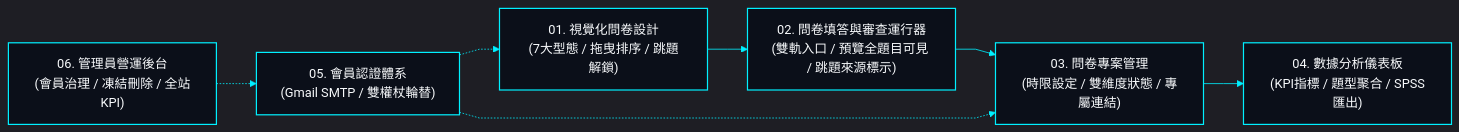
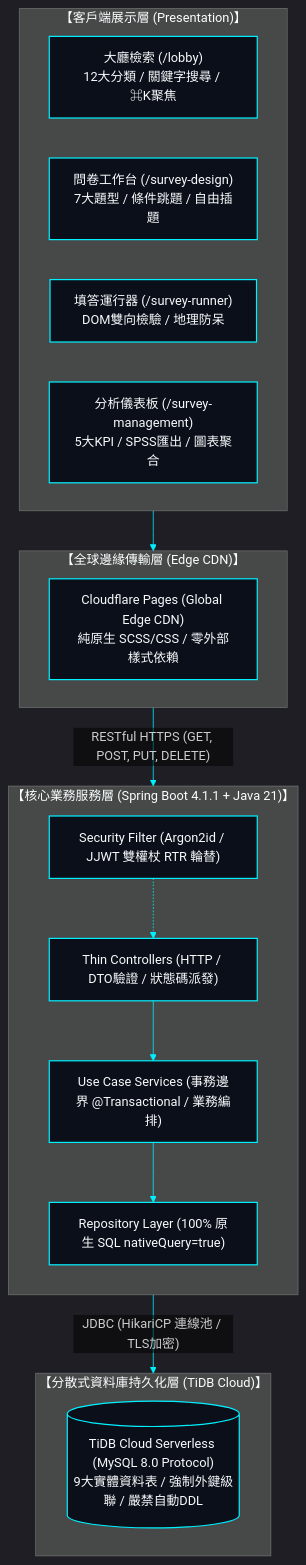
The first of 2 diagrams in README.md (EricXJason/survey-flow), drawn with Mermaid before and after one commit. The commit also changed other lines of this file and 5 other files, not shown here.

````diff
--- a/README.md
+++ b/README.md
@@ -24,17 +39,39 @@
 ```mermaid
-%%{init: {'theme': 'dark', 'themeVariables': { 'darkMode': true, 'background': '#030712', 'primaryColor': '#0b0f19', 'primaryTextColor': '#f8fafc', 'primaryBorderColor': '#00f0ff', 'lineColor': '#00f0ff', 'edgeLabelBackground': 'transparent', 'fontFamily': 'system-ui, sans-serif' }, 'flowchart': { 'curve': 'linear' } }}%%
-flowchart LR
+%%{init: {'theme': 'dark', 'themeVariables': { 'darkMode': true, 'background': '#030712', 'primaryColor': '#0b0f19', 'primaryTextColor': '#f8fafc', 'primaryBorderColor': '#00f0ff', 'lineColor': '#00f0ff', 'edgeLabelBackground': 'transparent', 'fontFamily': 'system-ui, sans-serif' }}}%%
+flowchart TD
     classDef hudCard fill:#0b0f19,stroke:#00f0ff,stroke-width:1.5px,color:#f8fafc,rx:0px,ry:0px;
 
-    M1["01. 視覺化問卷設計<br/>(7大型態 / 拖曳排序 / 跳題解鎖)"]:::hudCard
-    M2["02. 問卷填答與審查運行器<br/>(雙軌入口 / 預覽全題目可見 / 跳題來源標示)"]:::hudCard
-    M3["03. 問卷專案管理<br/>(時限設定 / 雙維度狀態 / 專屬連結)"]:::hudCard
-    M4["04. 數據分析儀表板<br/>(KPI指標 / 題型聚合 / SPSS匯出)"]:::hudCard
-    M5["05. 會員認證體系<br/>(Gmail SMTP / 雙權杖輪替)"]:::hudCard
-    M6["06. 管理員營運後台<br/>(會員治理 / 凍結刪除 / 全站KPI)"]:::hudCard
+    subgraph CLIENT["【客戶端展示層 (Presentation)】"]
+        direction LR
+        FE_LOBBY["大廳檢索 (/lobby)<br/>12大分類 / 關鍵字搜尋 / ⌘K聚焦"]:::hudCard
+        FE_DESIGN["問卷工作台 (/survey-design)<br/>7大題型 / 條件跳題 / 自由插題"]:::hudCard
+        FE_RUNNER["填答運行器 (/survey-runner)<br/>DOM雙向檢驗 / 地理防呆"]:::hudCard
+        FE_DASH["分析儀表板 (/survey-management)<br/>5大KPI / SPSS匯出 / 圖表聚合"]:::hudCard
+    end
 
-    M1 --> M2 --> M3 --> M4
-    M5 -.-> M1
-    M5 -.-> M3
-    M6 -.-> M5
+    subgraph GATEWAY["【全球邊緣傳輸層 (Edge CDN)】"]
+        direction LR
+        CF_PAGES["Cloudflare Pages (Global Edge CDN)<br/>純原生 SCSS/CSS / 零外部樣式依賴"]:::hudCard
+    end
+
+    subgraph BACKEND["【核心業務服務層 (Spring Boot 4.1.1 + Java 21)】"]
+        direction TB
+        CTRL["Thin Controllers (HTTP / DTO驗證 / 狀態碼派發)"]:::hudCard
+        SERV["Use Case Services (事務邊界 @Transactional / 業務編排)"]:::hudCard
+        REPO["Repository Layer (100% 原生 SQL nativeQuery=true)"]:::hudCard
+        SECURITY["Security Filter (Argon2id / JJWT 雙權杖 RTR 輪替)"]:::hudCard
+
+        CTRL --> SERV
+        SERV --> REPO
+        SECURITY -.-> CTRL
+    end
+
+    subgraph STORAGE["【分散式資料庫持久化層 (TiDB Cloud)】"]
+        direction LR
+        TIDB[("TiDB Cloud Serverless (MySQL 8.0 Protocol)<br/>9大實體資料表 / 強制外鍵級聯 / 嚴禁自動DDL")]:::hudCard
+    end
+
+    CLIENT --> CF_PAGES
+    CF_PAGES -->|"RESTful HTTPS (GET, POST, PUT, DELETE)"| BACKEND
+    REPO -->|"JDBC (HikariCP 連線池 / TLS加密)"| STORAGE
 ```
````
